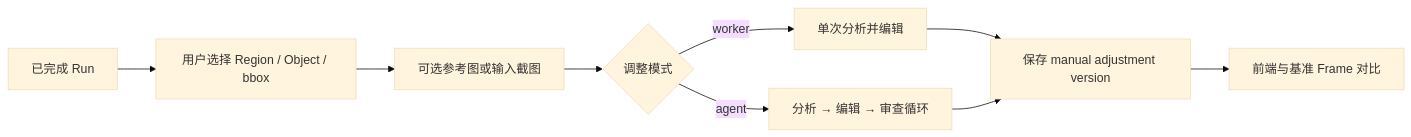
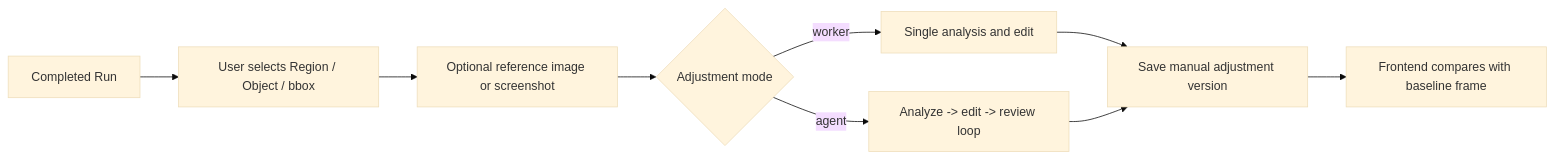
One commit to PeiXingXie/Raster2SVG-Demo changed the sixth of 6 diagrams in architecture-summary/02-conversion-workflow.md. Above: the diagram before and after it, drawn with Mermaid (base theme). The commit also changed other lines of this file and 14 other files, not shown here.

````diff
--- a/architecture-summary/02-conversion-workflow.md
+++ b/architecture-summary/02-conversion-workflow.md
@@ -173,11 +187,11 @@
 ```mermaid
 flowchart LR
-    Completed["已完成 Run"] --> Select["用户选择 Region / Object / bbox"]
-    Select --> References["可选参考图或输入截图"]
-    References --> Mode{"调整模式"}
-    Mode -->|"worker"| OnePass["单次分析并编辑"]
-    Mode -->|"agent"| Loop["分析 → 编辑 → 审查循环"]
-    OnePass --> NewVersion["保存 manual adjustment version"]
+    Completed["Completed Run"] --> Select["User selects Region / Object / bbox"]
+    Select --> References["Optional reference image or screenshot"]
+    References --> Mode{"Adjustment mode"}
+    Mode -->|"worker"| OnePass["Single analysis and edit"]
+    Mode -->|"agent"| Loop["Analyze -> edit -> review loop"]
+    OnePass --> NewVersion["Save manual adjustment version"]
     Loop --> NewVersion
-    NewVersion --> Compare["前端与基准 Frame 对比"]
+    NewVersion --> Compare["Frontend compares with baseline frame"]
 ```
````
